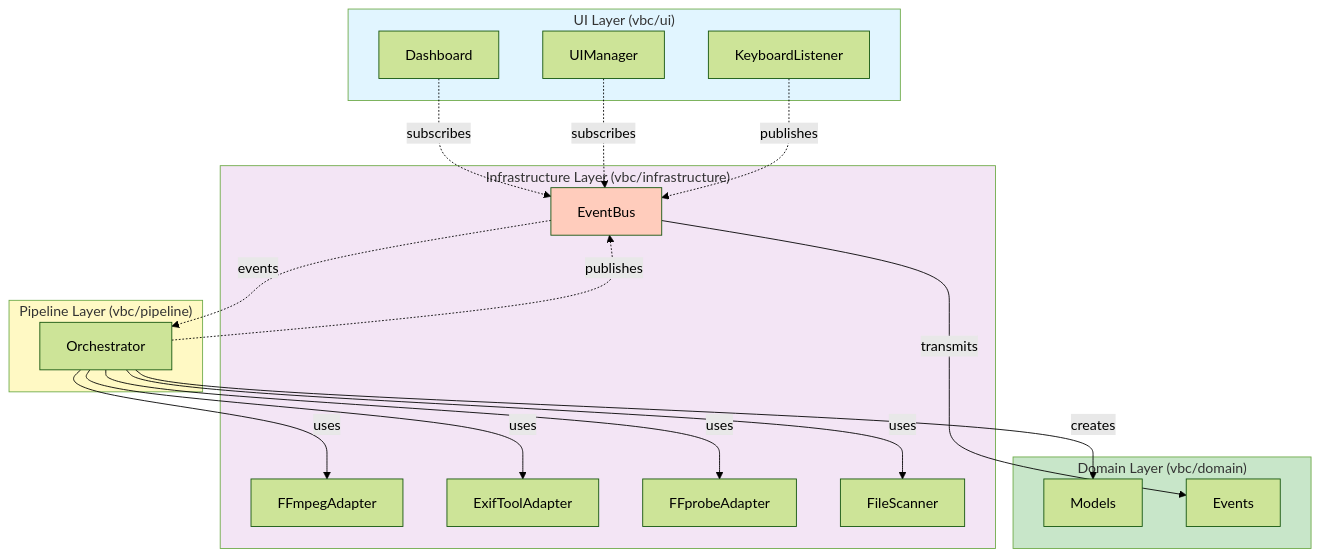
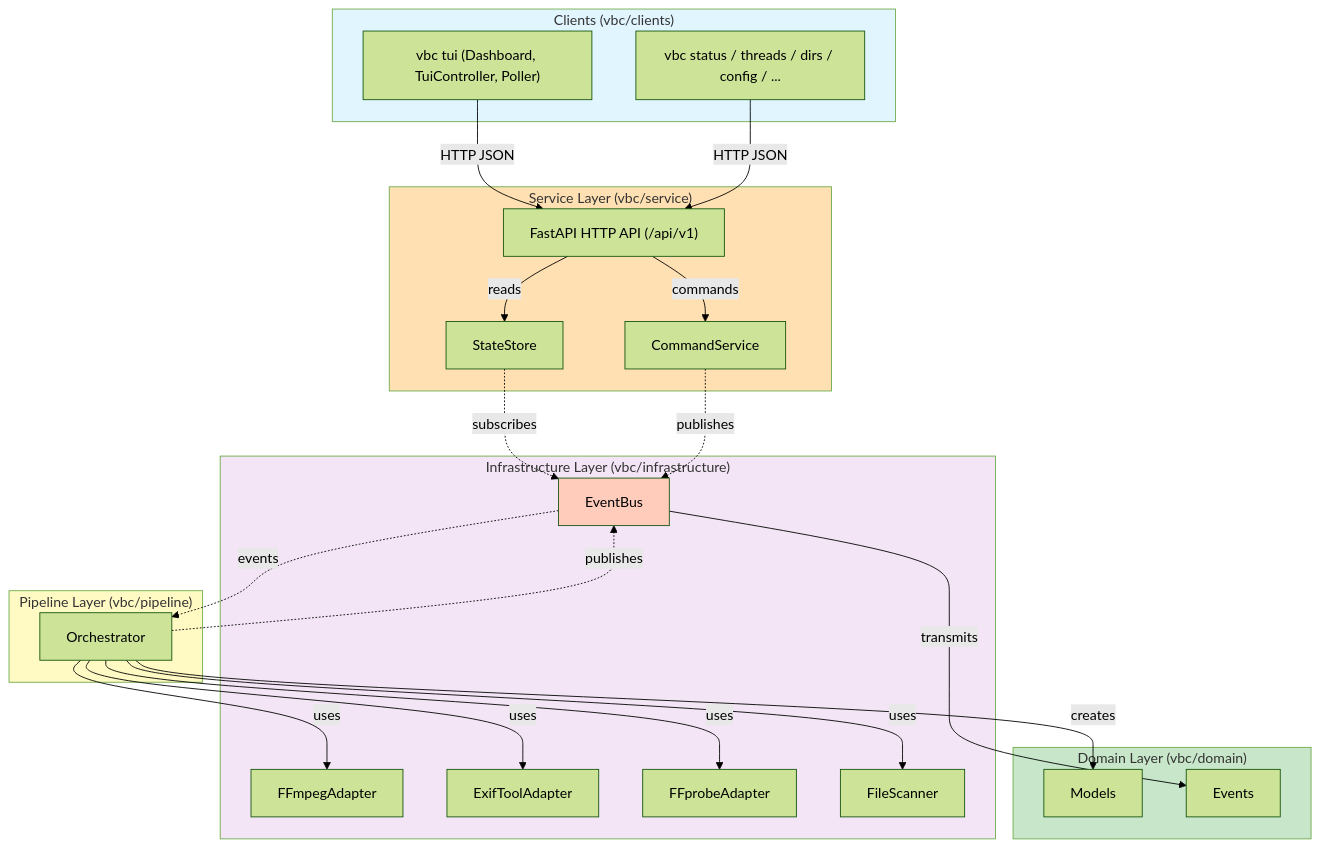
One commit to hipotures/vbc changed the first of 2 diagrams in README.md. Above: the diagram before and after it, drawn with Mermaid (forest theme). The commit also changed other lines of this file and 20 other files, not shown here.

First line of the commit message:
Docs: describe the server / API / clients split and fix facts against the code

````diff
--- a/README.md
+++ b/README.md
@@ -145,45 +145,54 @@
 ```mermaid
 graph TB
-    subgraph UI["UI Layer (vbc/ui)"]
-        Dashboard[Dashboard]
-        UIManager[UIManager]
-        Keyboard[KeyboardListener]
+    subgraph Clients["Clients (vbc/clients)"]
+        TUI["vbc tui (Dashboard, TuiController, Poller)"]
+        CLI["vbc status / threads / dirs / config / ..."]
+    end
+
+    subgraph Service["Service Layer (vbc/service)"]
+        API["FastAPI HTTP API (/api/v1)"]
+        StateStore[StateStore]
+        CmdService[CommandService]
     end
 
     subgraph Pipeline["Pipeline Layer (vbc/pipeline)"]
         Orchestrator[Orchestrator]
     end
 
     subgraph Infrastructure["Infrastructure Layer (vbc/infrastructure)"]
         EventBus[EventBus]
         FFmpeg[FFmpegAdapter]
         ExifTool[ExifToolAdapter]
         FFprobe[FFprobeAdapter]
         Scanner[FileScanner]
     end
 
     subgraph Domain["Domain Layer (vbc/domain)"]
         Models[Models]
         Events[Events]
     end
 
-    Dashboard -.->|subscribes| EventBus
-    UIManager -.->|subscribes| EventBus
-    Keyboard -.->|publishes| EventBus
+    TUI -->|HTTP JSON| API
+    CLI -->|HTTP JSON| API
+    API -->|reads| StateStore
+    API -->|commands| CmdService
+    StateStore -.->|subscribes| EventBus
+    CmdService -.->|publishes| EventBus
 
     EventBus -.->|events| Orchestrator
     Orchestrator -->|uses| Scanner
     Orchestrator -->|uses| FFmpeg
     Orchestrator -->|uses| ExifTool
     Orchestrator -->|uses| FFprobe
     Orchestrator -.->|publishes| EventBus
 
     Orchestrator -->|creates| Models
     EventBus -->|transmits| Events
 
-    style UI fill:#e1f5ff
+    style Clients fill:#e1f5ff
+    style Service fill:#ffe0b2
     style Pipeline fill:#fff9c4
     style Infrastructure fill:#f3e5f5
     style Domain fill:#c8e6c9
     style EventBus fill:#ffccbc
 ```
````
